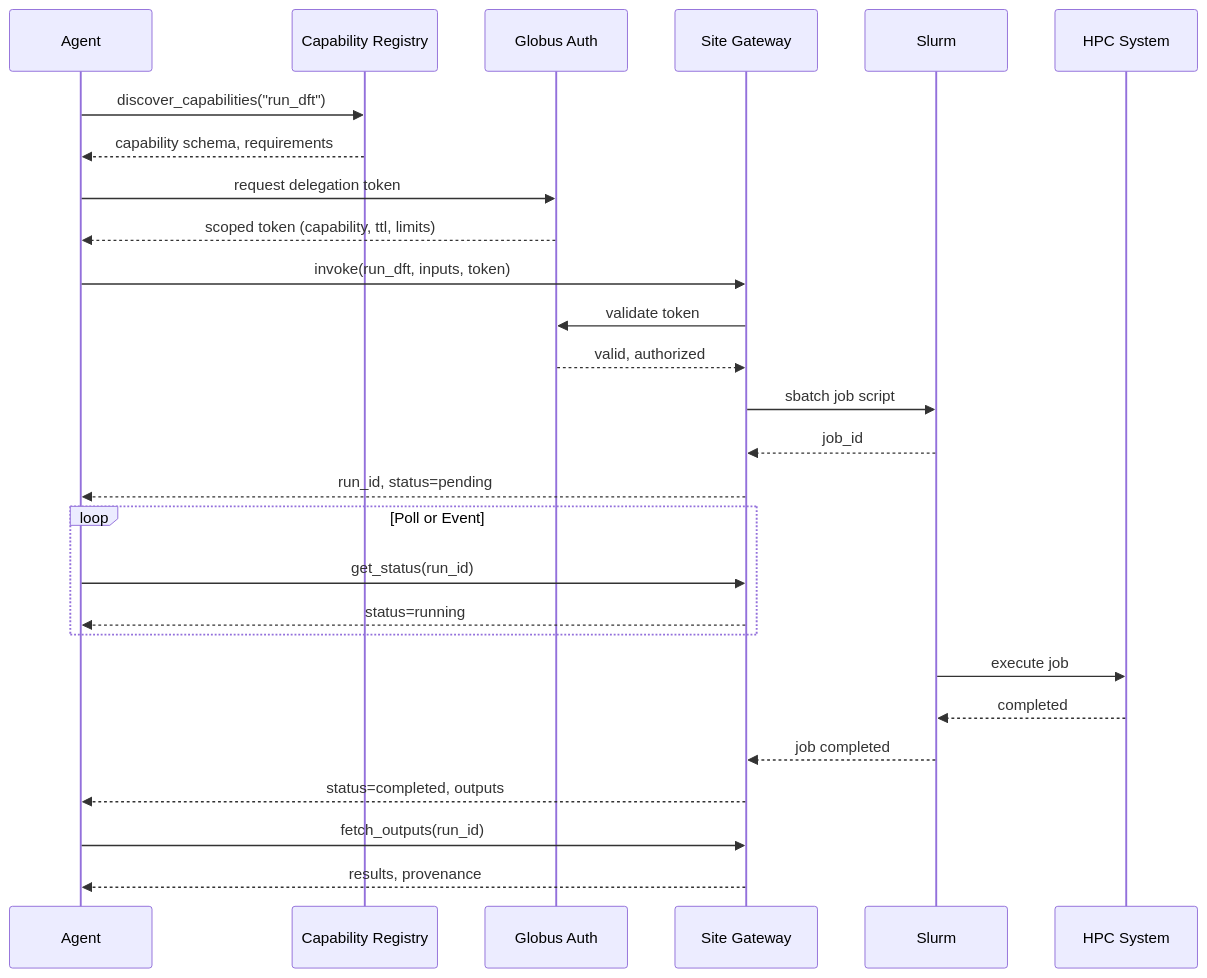
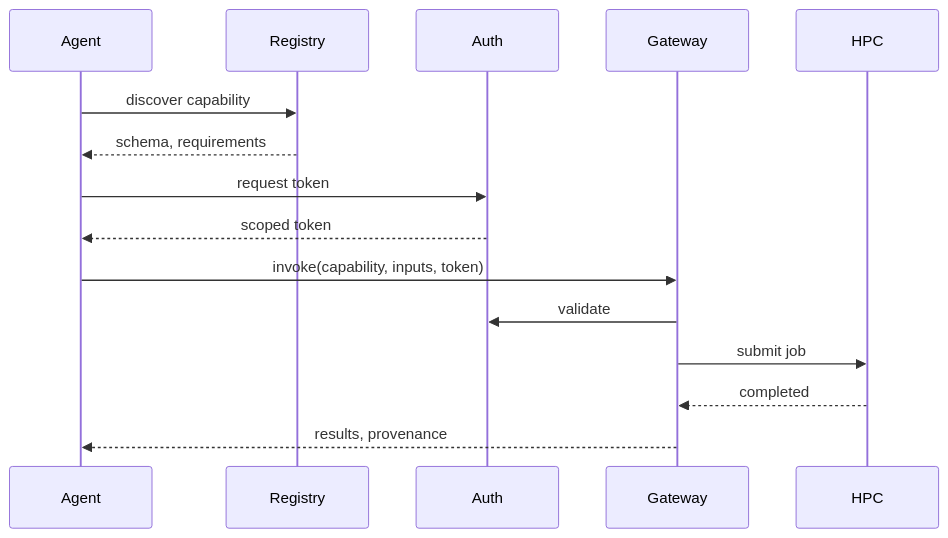
One commit to agents4science/agents4science.github.io changed the fourth of 5 diagrams in DOE_Agent_Requirements/index.md. Above: the diagram before and after it, drawn with Mermaid. The commit also changed other lines of this file, not shown here.

````diff
--- a/DOE_Agent_Requirements/index.md
+++ b/DOE_Agent_Requirements/index.md
@@ -405,38 +211,18 @@
 ```mermaid
 sequenceDiagram
     participant Agent
-    participant Registry as Capability Registry
-    participant Auth as Globus Auth
-    participant Gateway as Site Gateway
-    participant Slurm
-    participant HPC as HPC System
+    participant Registry
+    participant Auth
+    participant Gateway
+    participant HPC
 
-    Agent->>Registry: discover_capabilities("run_dft")
-    Registry-->>Agent: capability schema, requirements
-
-    Agent->>Auth: request delegation token
-    Auth-->>Agent: scoped token (capability, ttl, limits)
-
-    Agent->>Gateway: invoke(run_dft, inputs, token)
-    Gateway->>Auth: validate token
-    Auth-->>Gateway: valid, authorized
-
-    Gateway->>Slurm: sbatch job script
-    Slurm-->>Gateway: job_id
-
-    Gateway-->>Agent: run_id, status=pending
-
-    loop Poll or Event
-        Agent->>Gateway: get_status(run_id)
-        Gateway-->>Agent: status=running
-    end
-
-    Slurm->>HPC: execute job
-    HPC-->>Slurm: completed
-    Slurm-->>Gateway: job completed
-
-    Gateway-->>Agent: status=completed, outputs
-
-    Agent->>Gateway: fetch_outputs(run_id)
+    Agent->>Registry: discover capability
+    Registry-->>Agent: schema, requirements
+    Agent->>Auth: request token
+    Auth-->>Agent: scoped token
+    Agent->>Gateway: invoke(capability, inputs, token)
+    Gateway->>Auth: validate
+    Gateway->>HPC: submit job
+    HPC-->>Gateway: completed
     Gateway-->>Agent: results, provenance
 ```
````
